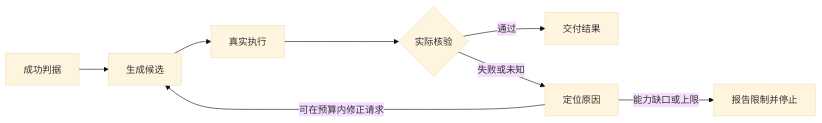
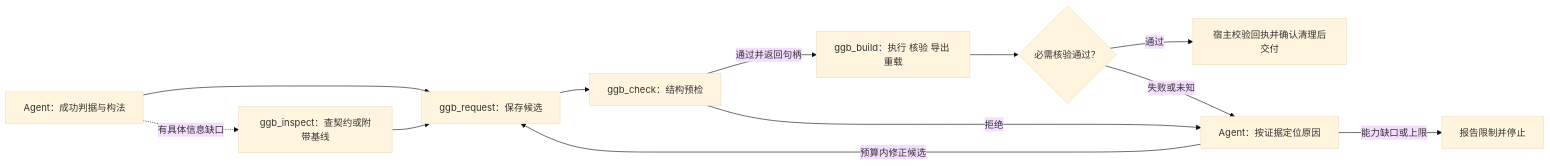
The first of 3 diagrams in docs/question-plugin-agent.md (Jack7510/gpt_ggb), drawn with Mermaid (base theme) before and after one commit. The commit also changed other lines of this file, not shown here.

````diff
--- a/docs/question-plugin-agent.md
+++ b/docs/question-plugin-agent.md
@@ -76,10 +80,14 @@
 ```mermaid
 flowchart LR
-  A[成功判据] --> B[生成候选]
-  B --> C[真实执行]
-  C --> D{实际核验}
-  D -->|通过| E[交付结果]
-  D -->|失败或未知| F[定位原因]
-  F -->|可在预算内修正请求| B
+  A[Agent：成功判据与构法] --> B[ggb_request：保存候选]
+  A -.->|有具体信息缺口| I[ggb_inspect：查契约或附带基线]
+  I --> B
+  B --> P[ggb_check：结构预检]
+  P -->|通过并返回句柄| C[ggb_build：执行 核验 导出 重载]
+  P -->|拒绝| F[Agent：按证据定位原因]
+  C --> D{必需核验通过？}
+  D -->|通过| E[宿主校验回执并确认清理后交付]
+  D -->|失败或未知| F
+  F -->|预算内修正候选| B
   F -->|能力缺口或上限| G[报告限制并停止]
 ```
````
